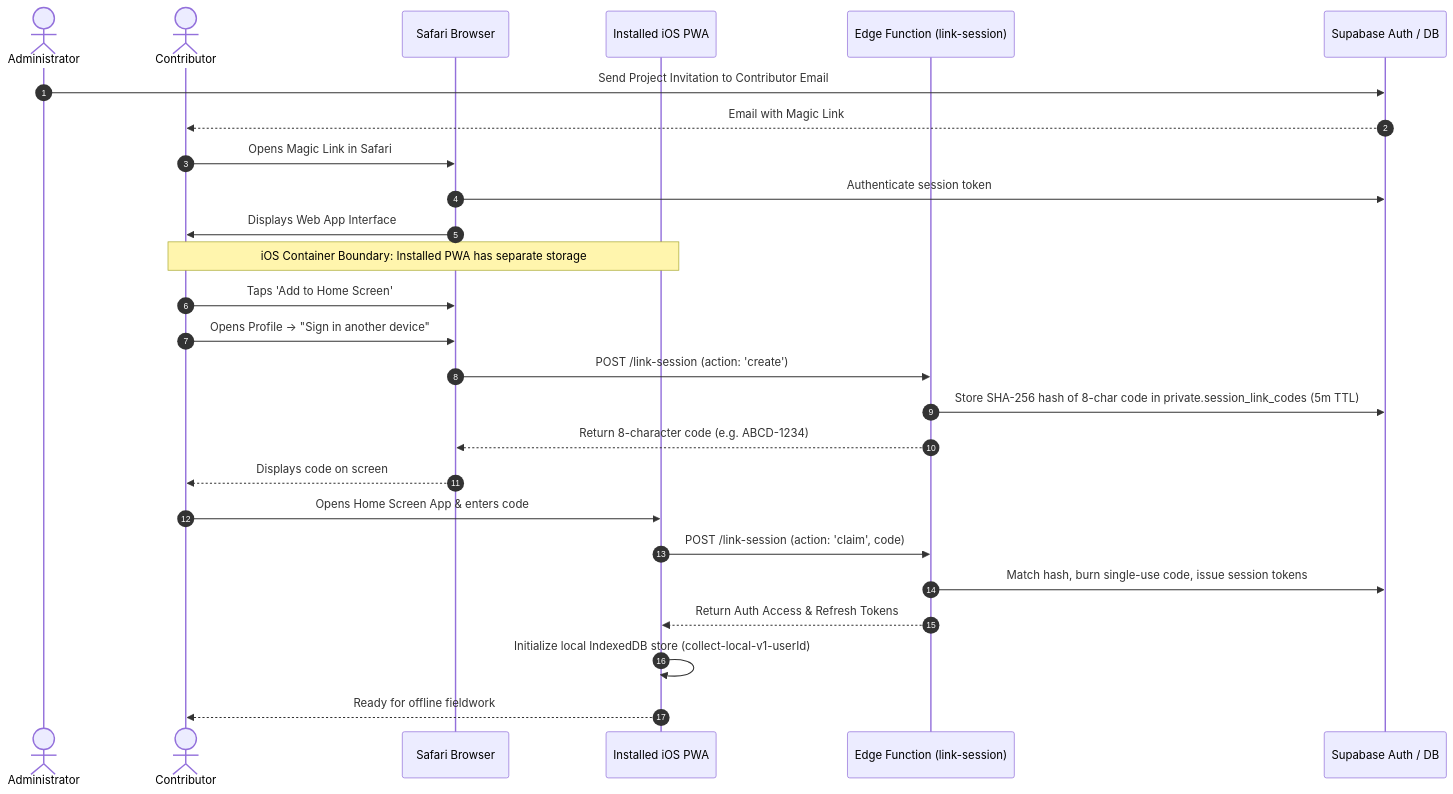
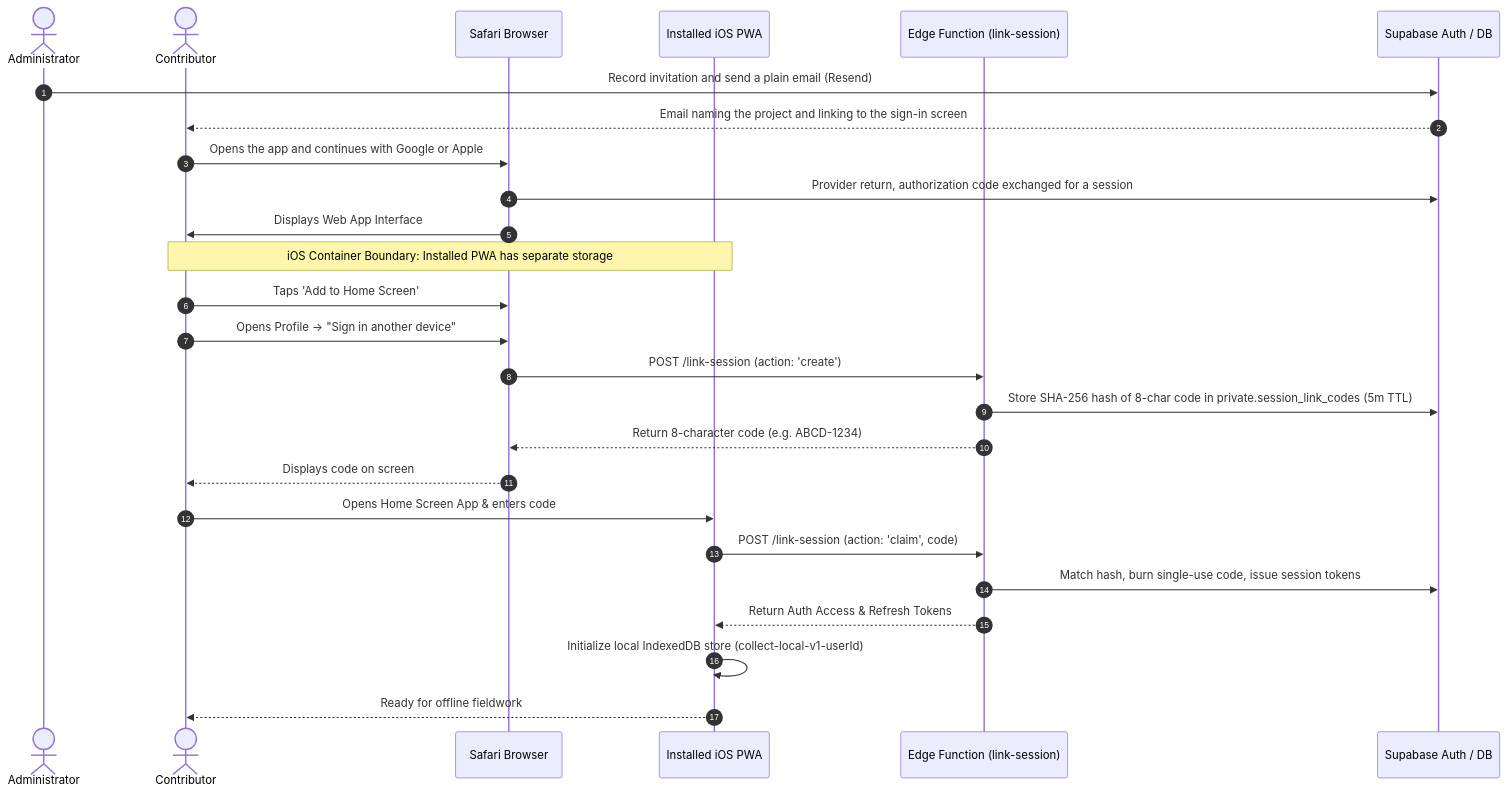
One commit to gbrlpzz/collect changed the third of 4 diagrams in docs/flows.md. Above: the diagram before and after it, drawn with Mermaid. The commit also changed other lines of this file and 41 other files, not shown here.

First line of the commit message:
feat(auth): provider-first sign-in with email as the identifier

````diff
--- a/docs/flows.md
+++ b/docs/flows.md
@@ -171,33 +171,33 @@
 ```mermaid
 sequenceDiagram
   accTitle: iOS Container Cross-Authentication Bridge
   accDescr: Sequence diagram illustrating how a signed-in browser session generates a single-use 8-character device-link code to authenticate an isolated iOS PWA container.
   autonumber
   actor Admin as Administrator
   actor Contributor as Contributor
   participant Safari as Safari Browser
   participant PWA as Installed iOS PWA
   participant Edge as Edge Function (link-session)
   participant Auth as Supabase Auth / DB
 
-  Admin->>Auth: Send Project Invitation to Contributor Email
-  Auth-->>Contributor: Email with Magic Link
-  Contributor->>Safari: Opens Magic Link in Safari
-  Safari->>Auth: Authenticate session token
+  Admin->>Auth: Record invitation and send a plain email (Resend)
+  Auth-->>Contributor: Email naming the project and linking to the sign-in screen
+  Contributor->>Safari: Opens the app and continues with Google or Apple
+  Safari->>Auth: Provider return, authorization code exchanged for a session
   Safari->>Contributor: Displays Web App Interface
 
   Note over Contributor,PWA: iOS Container Boundary: Installed PWA has separate storage
   Contributor->>Safari: Taps 'Add to Home Screen'
   Contributor->>Safari: Opens Profile → "Sign in another device"
   Safari->>Edge: POST /link-session (action: 'create')
   Edge->>Auth: Store SHA-256 hash of 8-char code in private.session_link_codes (5m TTL)
   Edge-->>Safari: Return 8-character code (e.g. ABCD-1234)
   Safari-->>Contributor: Displays code on screen
 
   Contributor->>PWA: Opens Home Screen App & enters code
   PWA->>Edge: POST /link-session (action: 'claim', code)
   Edge->>Auth: Match hash, burn single-use code, issue session tokens
   Edge-->>PWA: Return Auth Access & Refresh Tokens
   PWA->>PWA: Initialize local IndexedDB store (collect-local-v1-userId)
   PWA-->>Contributor: Ready for offline fieldwork
 ```
````
